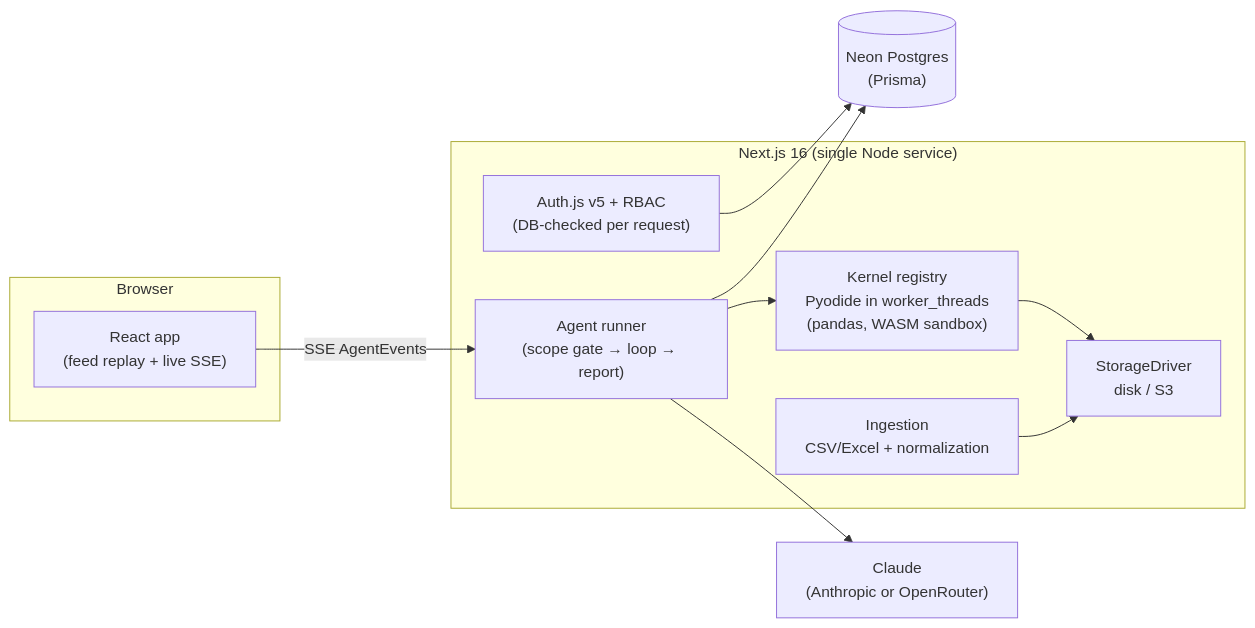
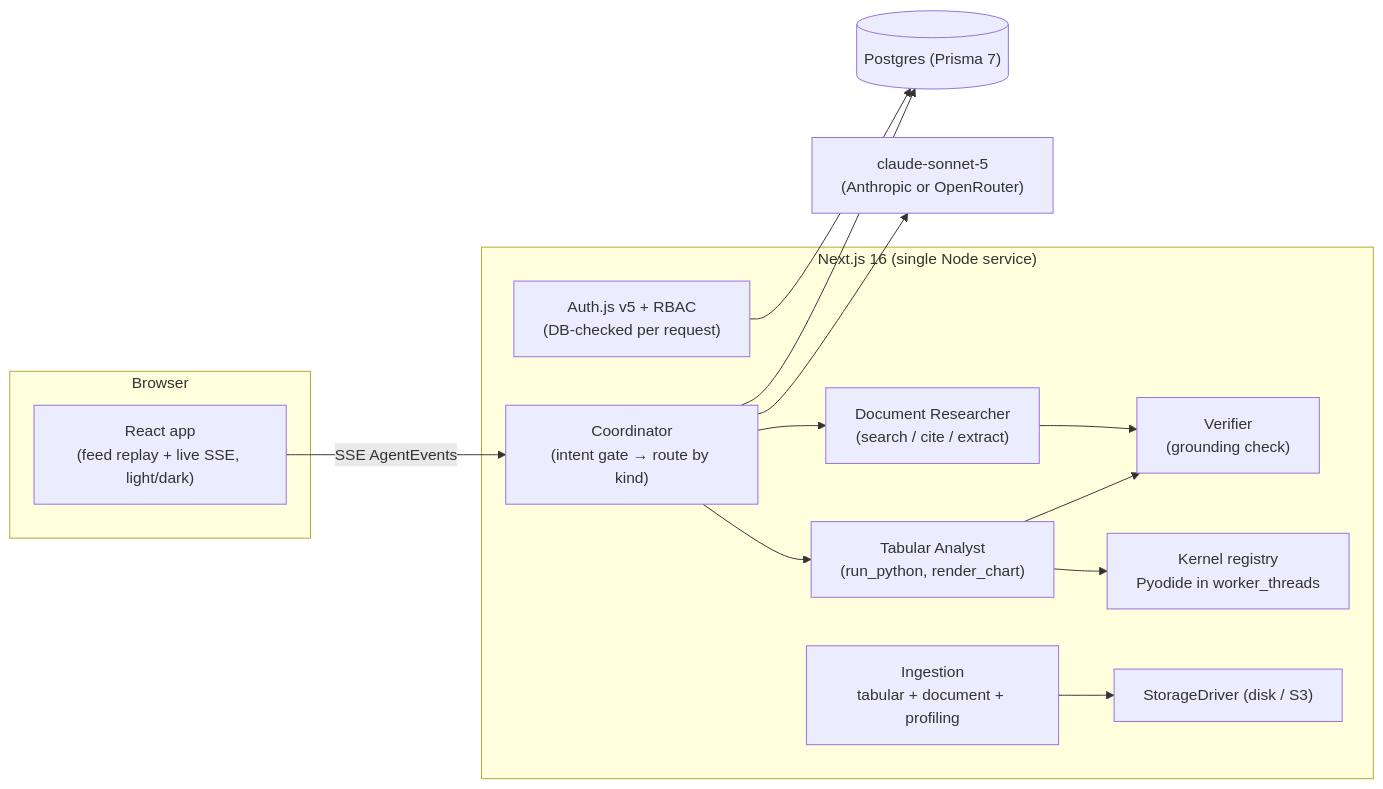
Before and after one commit to adibis-git/glass-box: the diagram in README.md, drawn with Mermaid. The commit also changed other lines of this file, not shown here.

Commit message:
docs: rewrite README for v3 (two modalities, coordinator/verifier, versioning, SaaS, light/dark, self-hosted deploy)

````diff
--- a/README.md
+++ b/README.md
@@ -21,23 +40,28 @@
 ```mermaid
 flowchart LR
     subgraph Browser
-        UI["React app<br/>(feed replay + live SSE)"]
+        UI["React app<br/>(feed replay + live SSE, light/dark)"]
     end
     subgraph Server["Next.js 16 (single Node service)"]
         AUTH["Auth.js v5 + RBAC<br/>(DB-checked per request)"]
-        RUNNER["Agent runner<br/>(scope gate → loop → report)"]
-        EXEC["Kernel registry<br/>Pyodide in worker_threads<br/>(pandas, WASM sandbox)"]
-        INGEST["Ingestion<br/>CSV/Excel + normalization"]
-        STORE["StorageDriver<br/>disk / S3"]
+        COORD["Coordinator<br/>(intent gate → route by kind)"]
+        TAB["Tabular Analyst<br/>(run_python, render_chart)"]
+        DOC["Document Researcher<br/>(search / cite / extract)"]
+        VERIFY["Verifier<br/>(grounding check)"]
+        EXEC["Kernel registry<br/>Pyodide in worker_threads"]
+        INGEST["Ingestion<br/>tabular + document + profiling"]
+        STORE["StorageDriver (disk / S3)"]
     end
-    DB[("Neon Postgres<br/>(Prisma)")]
-    CLAUDE["Claude<br/>(Anthropic or OpenRouter)"]
+    DB[("Postgres (Prisma 7)")]
+    CLAUDE["claude-sonnet-5<br/>(Anthropic or OpenRouter)"]
 
-    UI -- "SSE AgentEvents" --> RUNNER
-    RUNNER --> CLAUDE
-    RUNNER --> EXEC
-    EXEC --> STORE
+    UI -- "SSE AgentEvents" --> COORD
+    COORD --> TAB --> EXEC
+    COORD --> DOC
+    TAB --> VERIFY
+    DOC --> VERIFY
+    COORD --> CLAUDE
     INGEST --> STORE
     AUTH --> DB
-    RUNNER --> DB
+    COORD --> DB
 ```
````
